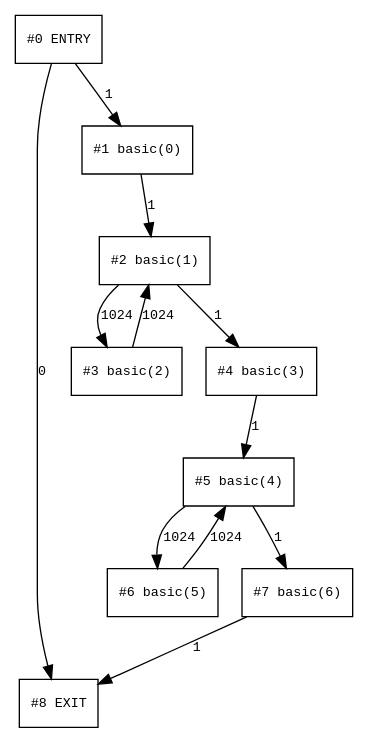
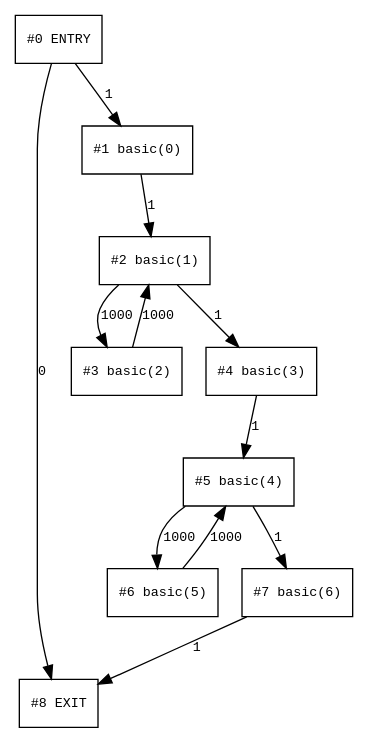
One commit to Todberg/LibCSP changed the diagram in Scheduability/Watchdog/system_SCJApplicationMain_sw901e12.handlers.PEHSystemRecovery.handleAsyncEvent/report/sw901e12.RecoveryOptionOne.executeRecovery__VWCET_CallString.EMPTY_ALWAYS_MISS.dot. Above: the diagram before and after it, drawn with Graphviz. The commit also changed 44 other files, not shown here.

```diff
--- a/Scheduability/Watchdog/system_SCJApplicationMain_sw901e12.handlers.PEHSystemRecovery.handleAsyncEvent/report/sw901e12.RecoveryOptionOne.executeRecovery__VWCET_CallString.EMPTY_ALWAYS_MISS.dot
+++ b/Scheduability/Watchdog/system_SCJApplicationMain_sw901e12.handlers.PEHSystemRecovery.handleAsyncEvent/report/sw901e12.RecoveryOptionOne.executeRecovery__VWCET_CallString.EMPTY_ALWAYS_MISS.dot
@@ -1,23 +1,23 @@
 digraph cfg
 {
 0 [label="#0 ENTRY",shape=box,fontname=Courier,fontsize=10];
 8 [label="#8 EXIT",shape=box,fontname=Courier,fontsize=10];
 1 [label="#1 basic(0)",shape=box,fontname=Courier,fontsize=10];
 2 [label="#2 basic(1)",shape=box,fontname=Courier,fontsize=10];
 3 [label="#3 basic(2)",shape=box,fontname=Courier,fontsize=10];
 4 [label="#4 basic(3)",shape=box,fontname=Courier,fontsize=10];
 5 [label="#5 basic(4)",shape=box,fontname=Courier,fontsize=10];
 6 [label="#6 basic(5)",shape=box,fontname=Courier,fontsize=10];
 7 [label="#7 basic(6)",shape=box,fontname=Courier,fontsize=10];
 0 -> 1[label=1,fontname=Courier,fontsize=10];
-3 -> 2[label=1024,fontname=Courier,fontsize=10];
+6 -> 5[label=1000,fontname=Courier,fontsize=10];
 1 -> 2[label=1,fontname=Courier,fontsize=10];
-6 -> 5[label=1024,fontname=Courier,fontsize=10];
-5 -> 6[label=1024,fontname=Courier,fontsize=10];
-5 -> 7[label=1,fontname=Courier,fontsize=10];
+3 -> 2[label=1000,fontname=Courier,fontsize=10];
 4 -> 5[label=1,fontname=Courier,fontsize=10];
 7 -> 8[label=1,fontname=Courier,fontsize=10];
-2 -> 3[label=1024,fontname=Courier,fontsize=10];
+2 -> 3[label=1000,fontname=Courier,fontsize=10];
 2 -> 4[label=1,fontname=Courier,fontsize=10];
+5 -> 6[label=1000,fontname=Courier,fontsize=10];
+5 -> 7[label=1,fontname=Courier,fontsize=10];
 0 -> 8[label=0,fontname=Courier,fontsize=10];
 }
```
